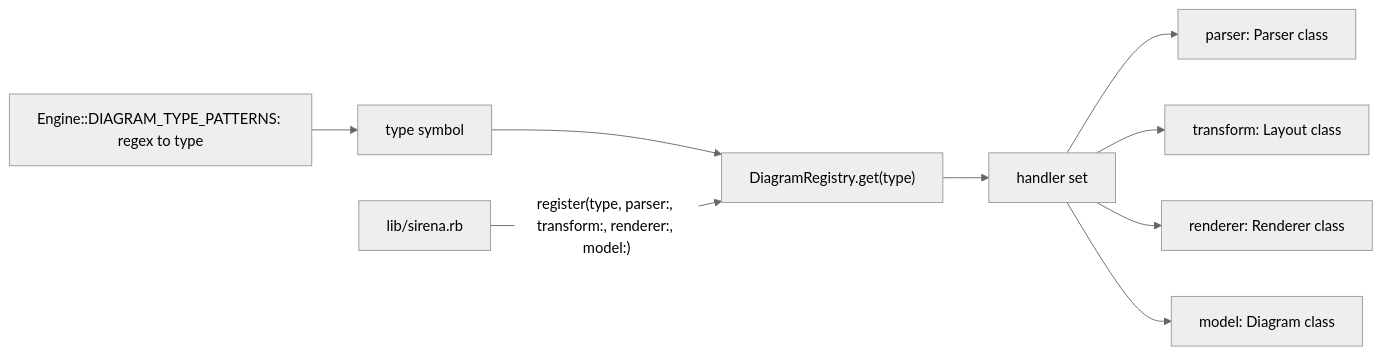
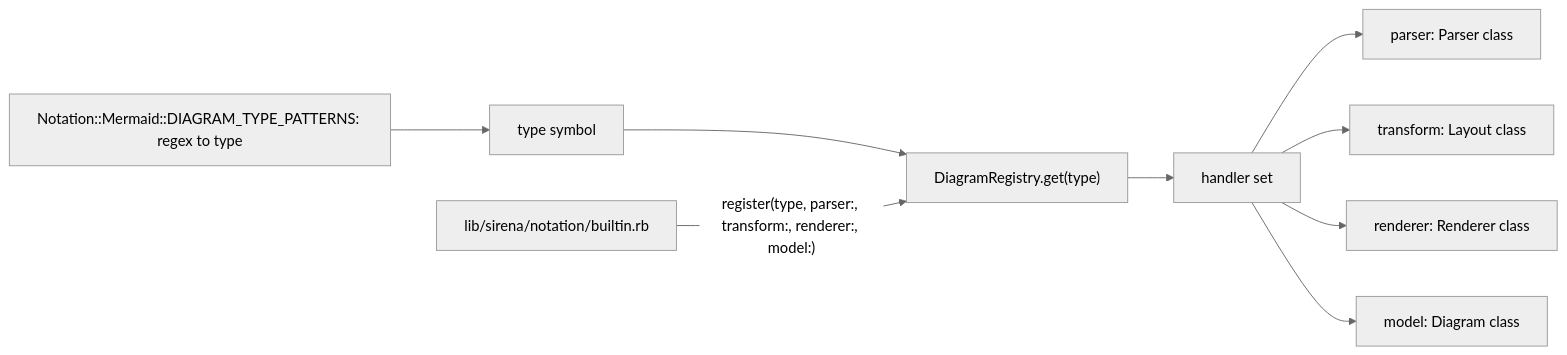
Before and after one commit to claricle/sirena: the third of 3 diagrams in ARCHITECTURE.md, drawn with Mermaid (neutral theme). The commit also changed other lines of this file and 16 other files, not shown here.

Commit message:
move mermaid detection into Notation::Mermaid

````diff
--- a/ARCHITECTURE.md
+++ b/ARCHITECTURE.md
@@ -590,11 +591,11 @@
 ```mermaid
 flowchart LR
-    Pat["Engine::DIAGRAM_TYPE_PATTERNS: regex to type"] --> Type["type symbol"]
+    Pat["Notation::Mermaid::DIAGRAM_TYPE_PATTERNS: regex to type"] --> Type["type symbol"]
     Type --> Get["DiagramRegistry.get(type)"]
     Get --> H["handler set"]
     H --> Pa["parser: Parser class"]
     H --> Tr["transform: Layout class"]
     H --> Re["renderer: Renderer class"]
     H --> Mo["model: Diagram class"]
-    Boot["lib/sirena.rb"] -->|"register(type, parser:, transform:, renderer:, model:)"| Get
+    Boot["lib/sirena/notation/builtin.rb"] -->|"register(type, parser:, transform:, renderer:, model:)"| Get
 ```
````
